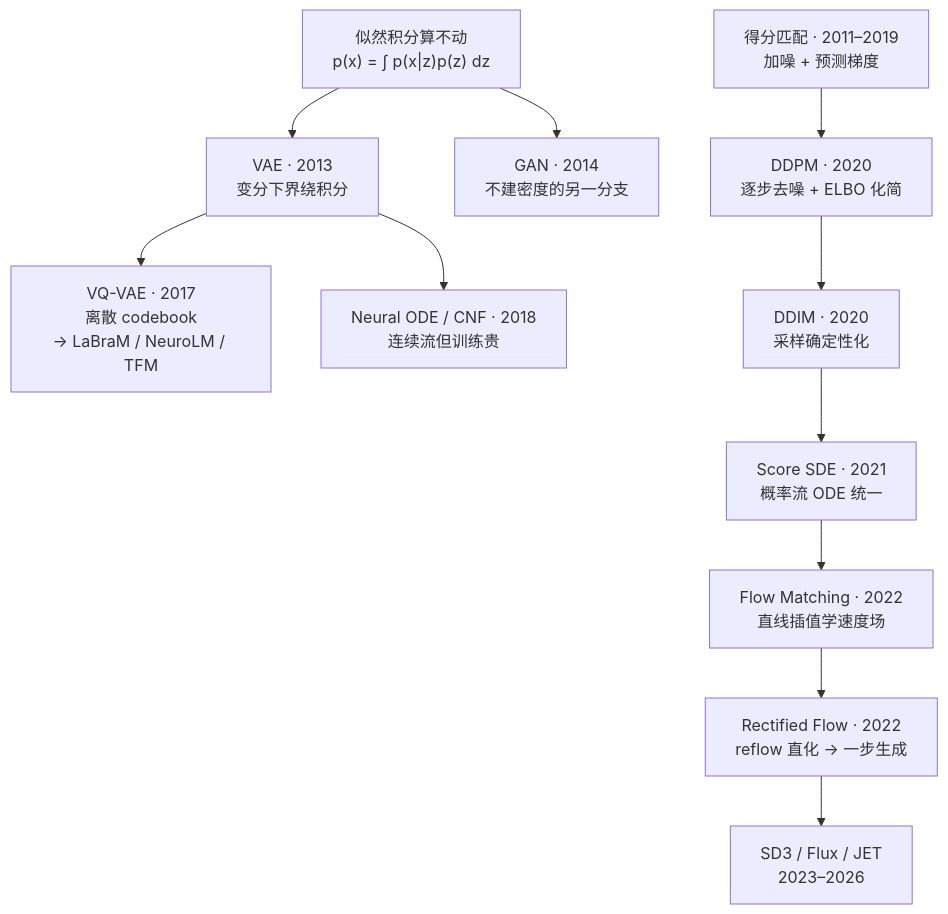
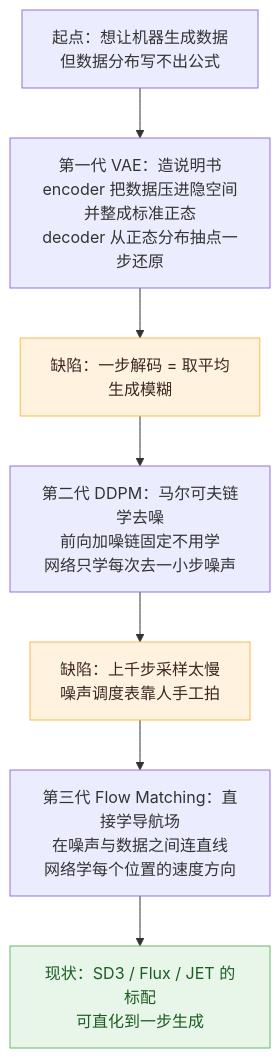
One commit to CyLin-CSU/paper-notes changed the diagram in docs/basics/generative-lineage.md. Above: the diagram before and after it, drawn with Mermaid. The commit also changed other lines of this file, not shown here.

Commit message:
重构生成模型脉络页：思维链优先（大白话总览+每代核心思想框+演进缺陷链图），公式降级为'落到公式'细节

````diff
--- a/docs/basics/generative-lineage.md
+++ b/docs/basics/generative-lineage.md
@@ -26,13 +31,12 @@
 ```mermaid
 flowchart TD
-    A["似然积分算不动<br/>p(x) = ∫ p(x|z)p(z) dz"] --> B["VAE · 2013<br/>变分下界绕积分"]
-    A --> C["GAN · 2014<br/>不建密度的另一分支"]
-    B --> D["VQ-VAE · 2017<br/>离散 codebook<br/>→ LaBraM / NeuroLM / TFM"]
-    B --> E["Neural ODE / CNF · 2018<br/>连续流但训练贵"]
-    F["得分匹配 · 2011–2019<br/>加噪 + 预测梯度"] --> G["DDPM · 2020<br/>逐步去噪 + ELBO 化简"]
-    G --> H["DDIM · 2020<br/>采样确定性化"]
-    H --> I["Score SDE · 2021<br/>概率流 ODE 统一"]
-    I --> J["Flow Matching · 2022<br/>直线插值学速度场"]
-    J --> K["Rectified Flow · 2022<br/>reflow 直化 → 一步生成"]
-    K --> L["SD3 / Flux / JET<br/>2023–2026"]
+    Q0["起点：想让机器生成数据<br/>但数据分布写不出公式"] --> A
+    A["第一代 VAE：造说明书<br/>encoder 把数据压进隐空间并整成标准正态<br/>decoder 从正态分布抽点一步还原"] --> P1["缺陷：一步解码 = 取平均<br/>生成模糊"]
+    P1 --> B["第二代 DDPM：马尔可夫链学去噪<br/>前向加噪链固定不用学<br/>网络只学每次去一小步噪声"]
+    B --> P2["缺陷：上千步采样太慢<br/>噪声调度表靠人手工拍"]
+    P2 --> C["第三代 Flow Matching：直接学导航场<br/>在噪声与数据之间连直线<br/>网络学每个位置的速度方向"]
+    C --> P3["现状：SD3 / Flux / JET 的标配<br/>可直化到一步生成"]
+    style P1 fill:#fff3e0,stroke:#ffb74d,color:#3e2723
+    style P2 fill:#fff3e0,stroke:#ffb74d,color:#3e2723
+    style P3 fill:#e8f5e9,stroke:#66bb6a,color:#1b5e20
 ```
````
